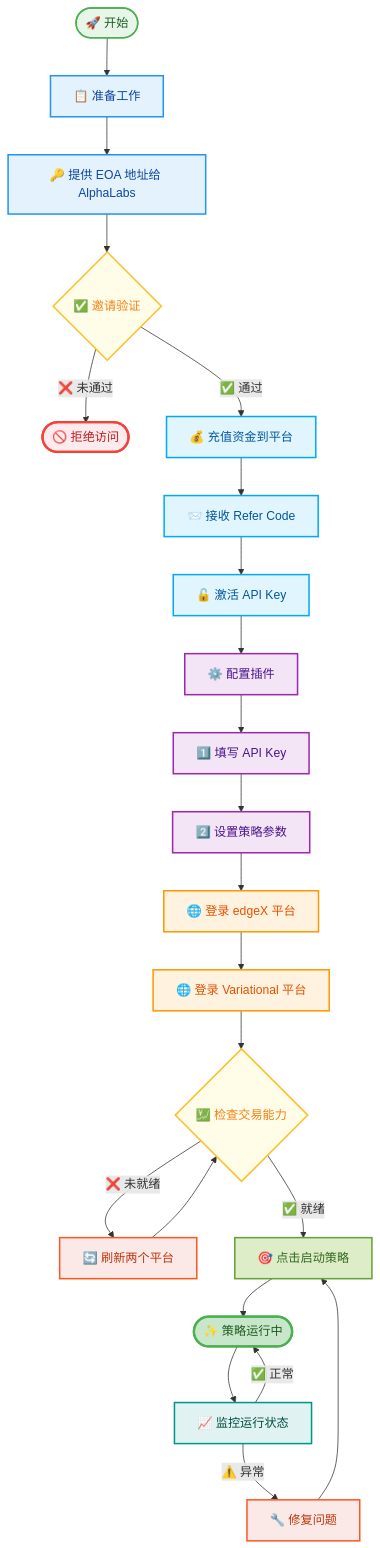
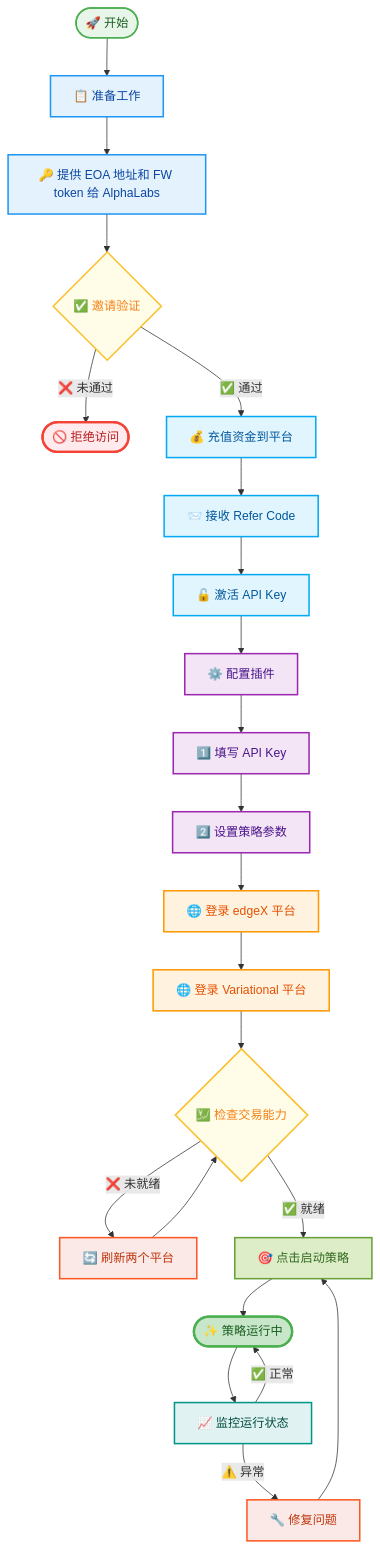
Before and after one commit to AlphaAILabs/perp-plugin-strategy-001: the diagram in plugin-configuration-flowchart-CN.md, drawn with Mermaid. The commit also changed 3 other files, not shown here.

````diff
--- a/plugin-configuration-flowchart-CN.md
+++ b/plugin-configuration-flowchart-CN.md
@@ -7,42 +7,42 @@
 ```mermaid
 flowchart TD
     Start([🚀 开始]):::startClass --> Prepare[📋 准备工作]:::prepClass
-    Prepare --> EOA[🔑 提供 EOA 地址给 AlphaLabs]:::prepClass
+    Prepare --> EOA[🔑 提供 EOA 地址和 FW token 给 AlphaLabs]:::prepClass
     
     EOA --> Verify{✅ 邀请验证}:::decisionClass
     Verify -->|❌ 未通过| Denied([🚫 拒绝访问]):::errorClass
     Verify -->|✅ 通过| Deposit[💰 充值资金到平台]:::actionClass
     
     Deposit --> GetKey[📨 接收 Refer Code]:::actionClass
     GetKey --> Activate[🔓 激活 API Key]:::actionClass
     
     Activate --> Config[⚙️ 配置插件]:::configClass
     Config --> ConfigAPI[1️⃣ 填写 API Key]:::configClass
     ConfigAPI --> ConfigParam[2️⃣ 设置策略参数]:::configClass
     
     ConfigParam --> LoginEdge[🌐 登录 edgeX 平台]:::platformClass
     LoginEdge --> LoginVar[🌐 登录 Variational 平台]:::platformClass
     
     LoginVar --> CheckTrade{💹 检查交易能力}:::decisionClass
     CheckTrade -->|❌ 未就绪| Refresh[🔄 刷新两个平台]:::warningClass
     Refresh --> CheckTrade
     CheckTrade -->|✅ 就绪| Launch[🎯 点击启动策略]:::launchClass
     
     Launch --> Running([✨ 策略运行中]):::successClass
     Running --> Monitor[📈 监控运行状态]:::monitorClass
     Monitor -->|⚠️ 异常| Fix[🔧 修复问题]:::warningClass
     Fix --> Launch
     Monitor -->|✅ 正常| Running
     
     classDef startClass fill:#E8F5E9,stroke:#4CAF50,stroke-width:2px,color:#1B5E20
     classDef prepClass fill:#E3F2FD,stroke:#2196F3,stroke-width:2px,color:#0D47A1
     classDef actionClass fill:#E1F5FE,stroke:#03A9F4,stroke-width:2px,color:#01579B
     classDef configClass fill:#F3E5F5,stroke:#9C27B0,stroke-width:2px,color:#4A148C
     classDef platformClass fill:#FFF3E0,stroke:#FF9800,stroke-width:2px,color:#E65100
     classDef decisionClass fill:#FFFDE7,stroke:#FBC02D,stroke-width:2px,color:#F57F17
     classDef launchClass fill:#DCEDC8,stroke:#689F38,stroke-width:2px,color:#33691E
     classDef successClass fill:#C8E6C9,stroke:#4CAF50,stroke-width:3px,color:#1B5E20
     classDef monitorClass fill:#E0F2F1,stroke:#009688,stroke-width:2px,color:#004D40
     classDef warningClass fill:#FBE9E7,stroke:#FF5722,stroke-width:2px,color:#BF360C
     classDef errorClass fill:#FFEBEE,stroke:#F44336,stroke-width:3px,color:#B71C1C
 ```
````
